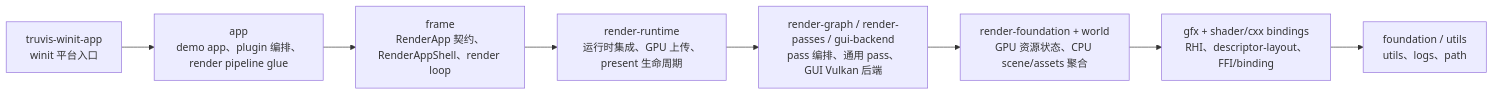
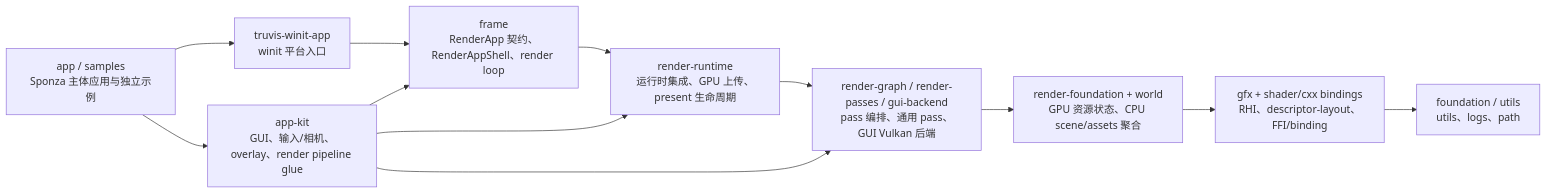
Before and after one commit to acccoco/TruvisRenderer: the second of 7 diagrams in ARCHITECTURE.md, drawn with Mermaid. The commit also changed other lines of this file and 42 other files, not shown here.

````diff
--- a/ARCHITECTURE.md
+++ b/ARCHITECTURE.md
@@ -33,13 +33,17 @@
 ```mermaid
 flowchart LR
     Foundation["foundation / utils<br/>utils、logs、path"]
     Gfx["gfx + shader/cxx bindings<br/>RHI、descriptor-layout、FFI/binding"]
     Core["render-foundation + world<br/>GPU 资源状态、CPU scene/assets 聚合"]
     RenderDomain["render-graph / render-passes / gui-backend<br/>pass 编排、通用 pass、GUI Vulkan 后端"]
     Runtime["render-runtime<br/>运行时集成、GPU 上传、present 生命周期"]
     Frame["frame<br/>RenderApp 契约、RenderAppShell、render loop"]
-    App["app<br/>demo app、plugin 编排、render pipeline glue"]
+    AppKit["app-kit<br/>GUI、输入/相机、overlay、render pipeline glue"]
+    App["app / samples<br/>Sponza 主体应用与独立示例"]
     Platform["truvis-winit-app<br/>winit 平台入口"]
 
-    Platform --> App --> Frame --> Runtime --> RenderDomain --> Core --> Gfx --> Foundation
+    App --> Platform --> Frame --> Runtime --> RenderDomain --> Core --> Gfx --> Foundation
+    App --> AppKit --> Frame
+    AppKit --> Runtime
+    AppKit --> RenderDomain
 ```
````
